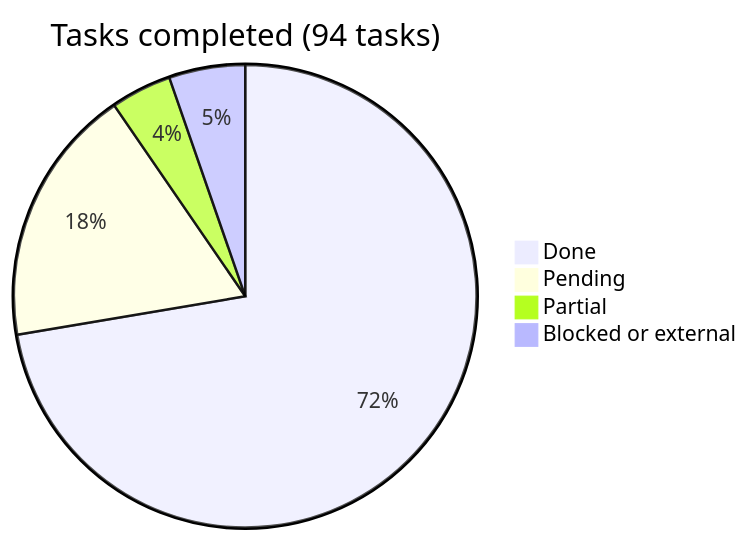
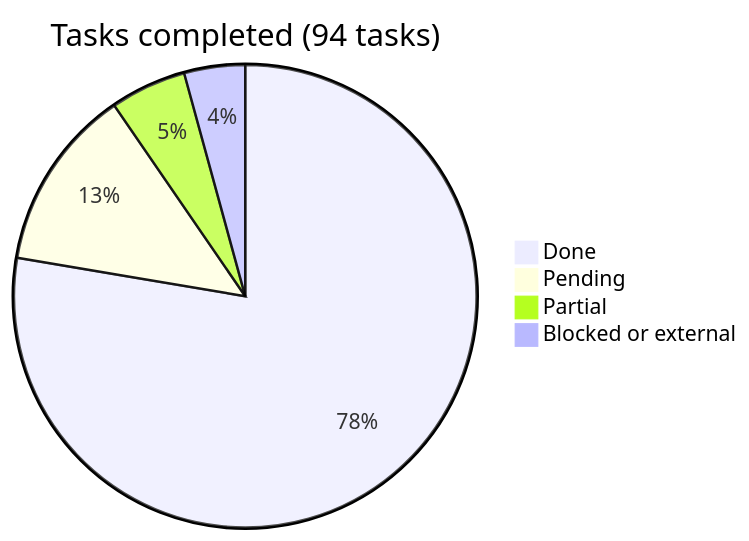
One commit to araguaney-lat/araguaney-app changed the diagram in docs/roadmap/README.md. Above: the diagram before and after it, drawn with Mermaid. The commit also changed other lines of this file and 18 other files, not shown here.

````diff
--- a/docs/roadmap/README.md
+++ b/docs/roadmap/README.md
@@ -12,7 +12,7 @@
 ```mermaid
 pie title Tasks completed (94 tasks)
-    "Done" : 68
-    "Pending" : 17
-    "Partial" : 4
-    "Blocked or external" : 5
+    "Done" : 73
+    "Pending" : 12
+    "Partial" : 5
+    "Blocked or external" : 4
 ```
````
